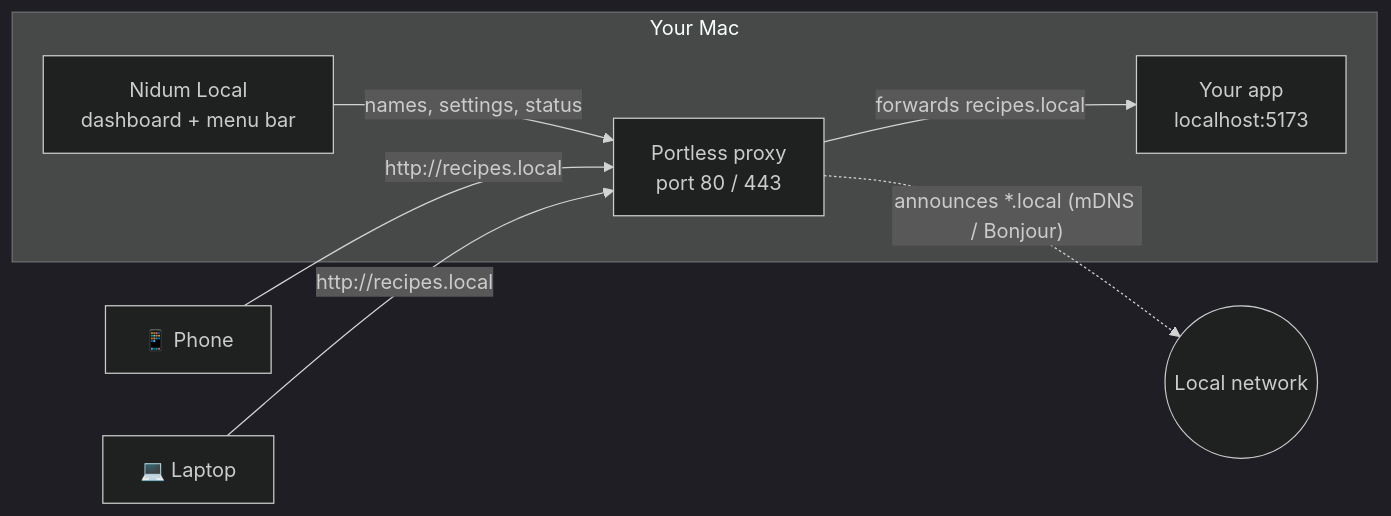
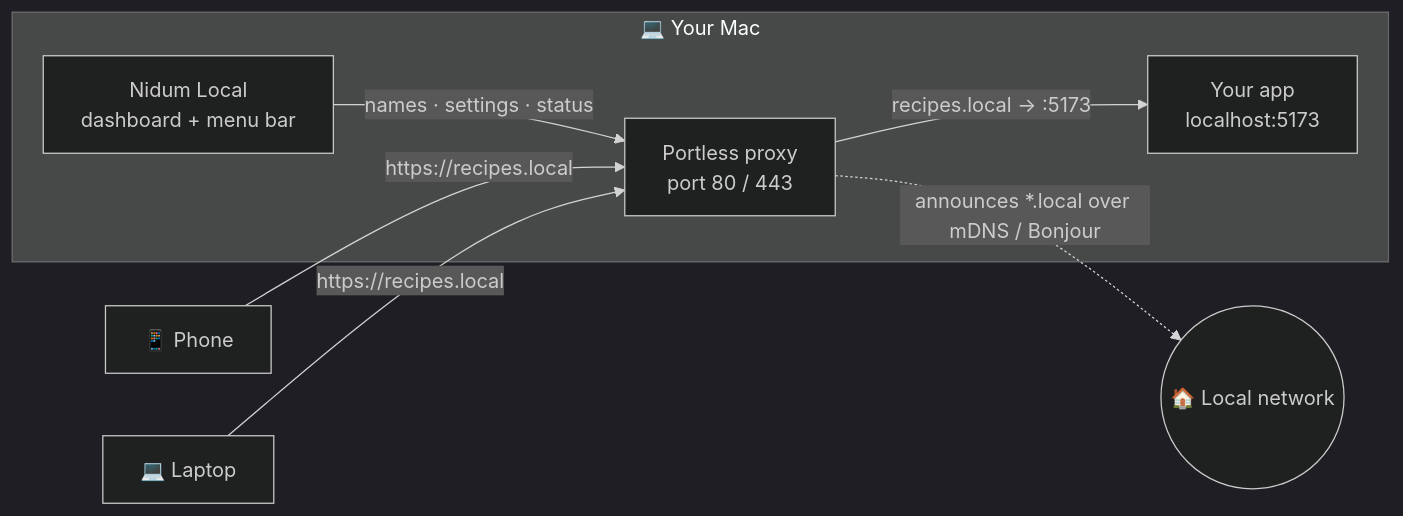
Before and after one commit to junainfinity/nidum-local: the diagram in README.md, drawn with Mermaid (dark theme). The commit also changed other lines of this file and 22 other files, not shown here.

````diff
--- a/README.md
+++ b/README.md
@@ -110,13 +177,13 @@
 ```mermaid
 flowchart LR
-  subgraph Mac["Your Mac"]
+  subgraph Mac["💻 Your Mac"]
     A["Your app<br/>localhost:5173"]
     P["Portless proxy<br/>port 80 / 443"]
     N["Nidum Local<br/>dashboard + menu bar"]
-    N -- "names, settings, status" --> P
-    P -- "forwards recipes.local" --> A
+    N -- "names · settings · status" --> P
+    P -- "recipes.local → :5173" --> A
   end
-  Phone["📱 Phone"] -- "http://recipes.local" --> P
-  Laptop["💻 Laptop"] -- "http://recipes.local" --> P
-  P -. "announces *.local (mDNS / Bonjour)" .-> LAN(("Local network"))
+  Phone["📱 Phone"] -- "https://recipes.local" --> P
+  Laptop["💻 Laptop"] -- "https://recipes.local" --> P
+  P -. "announces *.local over mDNS / Bonjour" .-> LAN(("🏠 Local network"))
 ```
````
